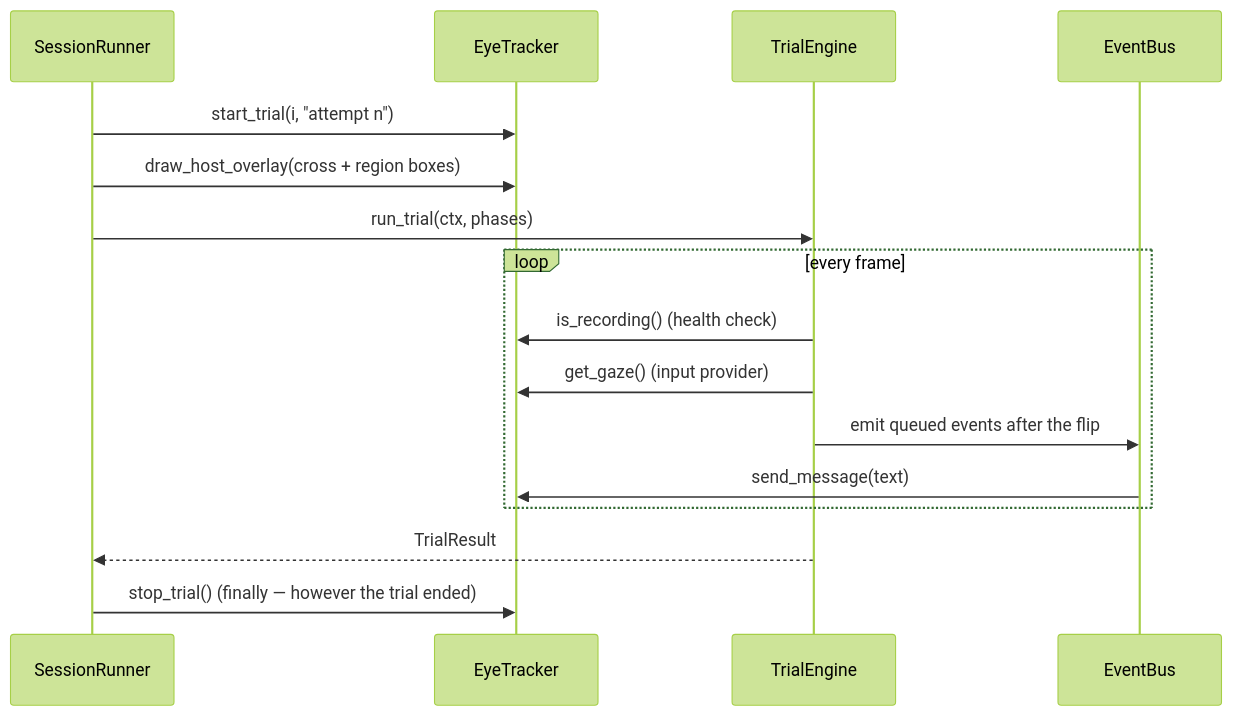
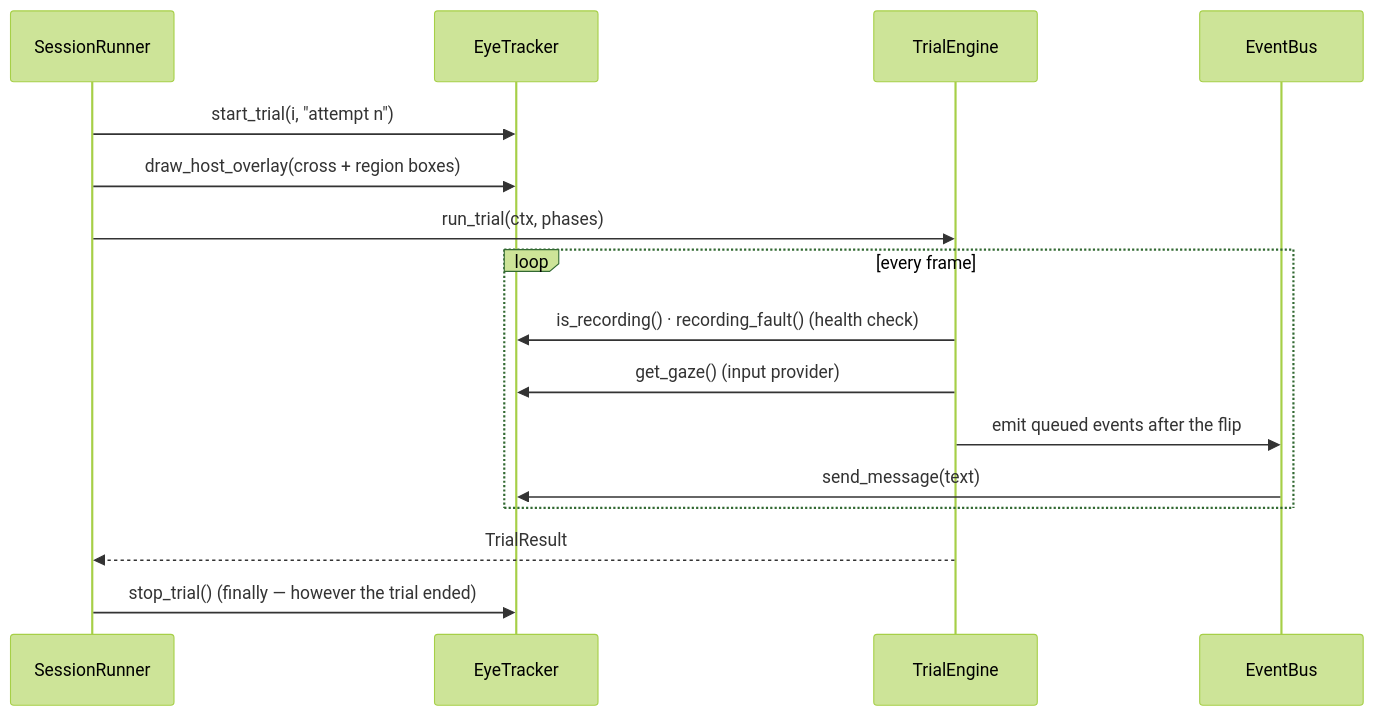
One commit to sh4r11f/alhazen changed the second of 13 diagrams in docs/architecture.md. Above: the diagram before and after it, drawn with Mermaid (forest theme). The commit also changed other lines of this file and 26 other files, not shown here.

````diff
--- a/docs/architecture.md
+++ b/docs/architecture.md
@@ -336,18 +350,18 @@
 ```mermaid
 sequenceDiagram
     participant R as SessionRunner
     participant T as EyeTracker
     participant E as TrialEngine
     participant B as EventBus
     R->>T: start_trial(i, "attempt n")
     R->>T: draw_host_overlay(cross + region boxes)
     R->>E: run_trial(ctx, phases)
     loop every frame
-        E->>T: is_recording()  (health check)
+        E->>T: is_recording() · recording_fault()  (health check)
         E->>T: get_gaze()      (input provider)
         E->>B: emit queued events after the flip
         B->>T: send_message(text)
     end
     E-->>R: TrialResult
     R->>T: stop_trial()   (finally — however the trial ended)
 ```
````
